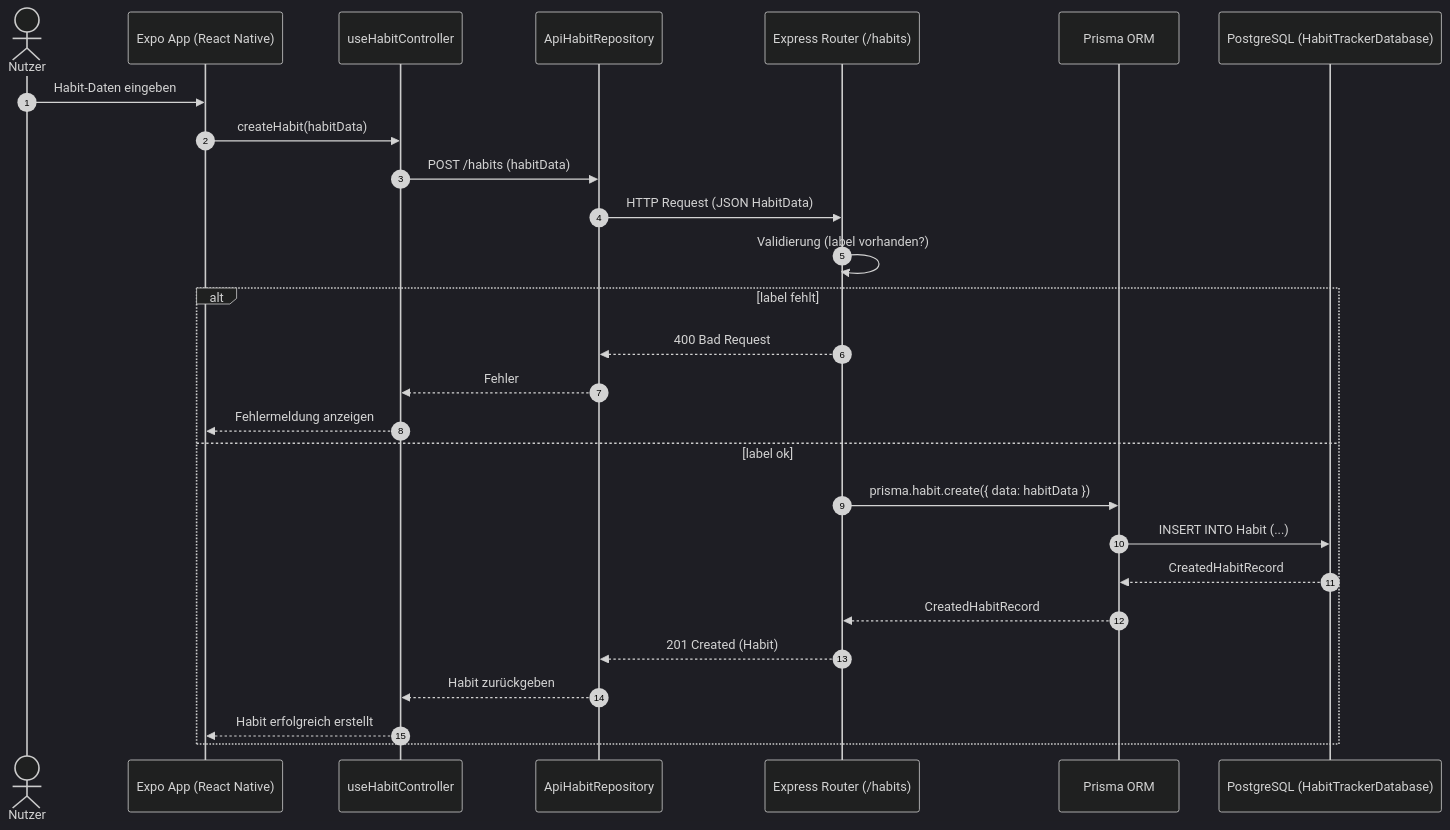
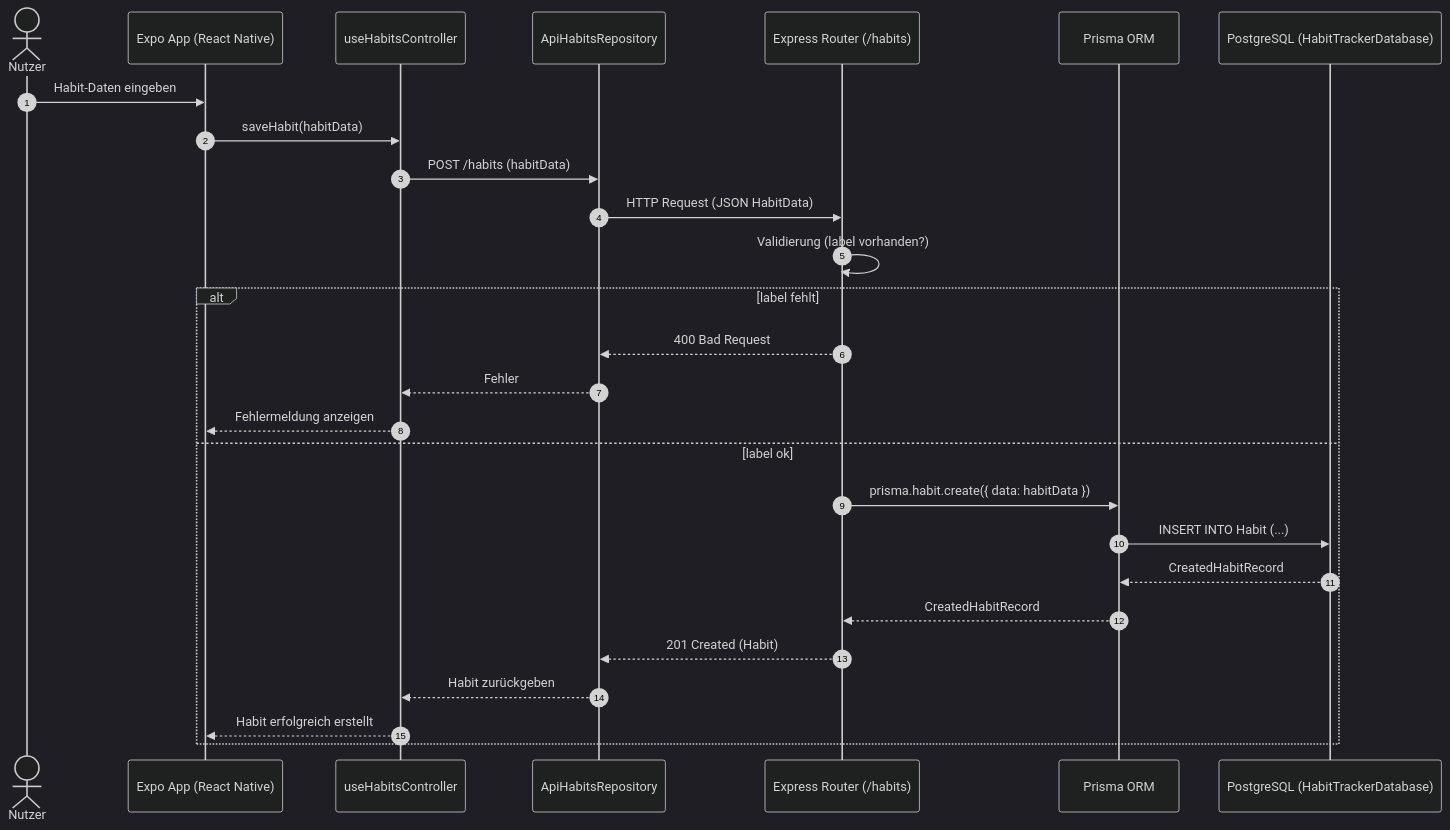
The fourth of 5 diagrams in docs/development/plantuml/sequenzdiagramme.md (laurenzzzzzz/htwd-se1-habitree), drawn with Mermaid (dark theme) before and after one commit. The commit also changed other lines of this file and 4 other files, not shown here.

Commit message:
Update Sequenzdiagramme Tatsächliche Darstellung unseres Codes

````diff
--- a/docs/development/plantuml/sequenzdiagramme.md
+++ b/docs/development/plantuml/sequenzdiagramme.md
@@ -132,33 +132,33 @@
 ```mermaid
 sequenceDiagram
     autonumber
     actor Nutzer as Nutzer
     participant Expo as Expo App (React Native)
-    participant FEHabit as useHabitController
-    participant ApiRepo as ApiHabitRepository
+    participant FEHabit as useHabitsController
+    participant ApiRepo as ApiHabitsRepository
     participant Express as Express Router (/habits)
     participant Prisma as Prisma ORM
     participant PG as PostgreSQL (HabitTrackerDatabase)
 
     Nutzer->>Expo: Habit-Daten eingeben
-    Expo->>FEHabit: createHabit(habitData)
+    Expo->>FEHabit: saveHabit(habitData)
     FEHabit->>ApiRepo: POST /habits (habitData)
 
     ApiRepo->>Express: HTTP Request (JSON HabitData)
     Express->>Express: Validierung (label vorhanden?)
 
     alt label fehlt
         Express-->>ApiRepo: 400 Bad Request
         ApiRepo-->>FEHabit: Fehler
         FEHabit-->>Expo: Fehlermeldung anzeigen
     else label ok
         Express->>Prisma: prisma.habit.create({ data: habitData })
         Prisma->>PG: INSERT INTO Habit (...)
         PG-->>Prisma: CreatedHabitRecord
         Prisma-->>Express: CreatedHabitRecord
 
         Express-->>ApiRepo: 201 Created (Habit)
         ApiRepo-->>FEHabit: Habit zurückgeben
         FEHabit-->>Expo: Habit erfolgreich erstellt
     end
 ```
````
